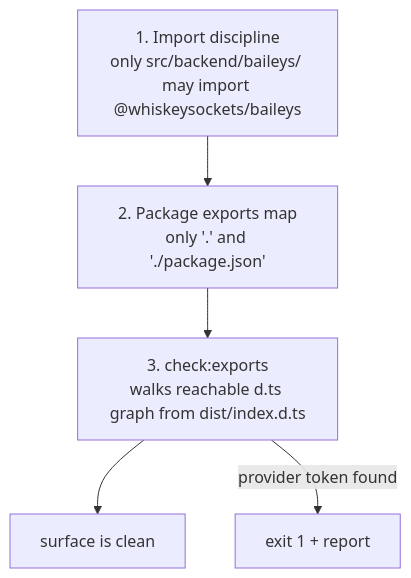
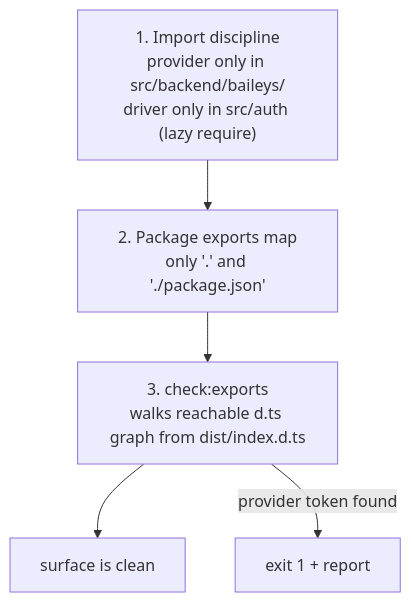
The diagram in development/public-api-guard.md (Gustavo10Destroyer/libwa-docs), drawn with Mermaid before and after one commit. The commit also changed other lines of this file and 29 other files, not shown here.

````diff
--- a/development/public-api-guard.md
+++ b/development/public-api-guard.md
@@ -13,7 +13,7 @@
 ```mermaid
 flowchart TD
-    L1["1. Import discipline<br/>only src/backend/baileys/ may import @whiskeysockets/baileys"] --> L2
+    L1["1. Import discipline<br/>provider only in src/backend/baileys/<br/>driver only in src/auth (lazy require)"] --> L2
     L2["2. Package exports map<br/>only '.' and './package.json'"] --> L3
     L3["3. check:exports<br/>walks reachable d.ts graph from dist/index.d.ts"] --> OK["surface is clean"]
     L3 -->|"provider token found"| FAIL["exit 1 + report"]
 ```
````
